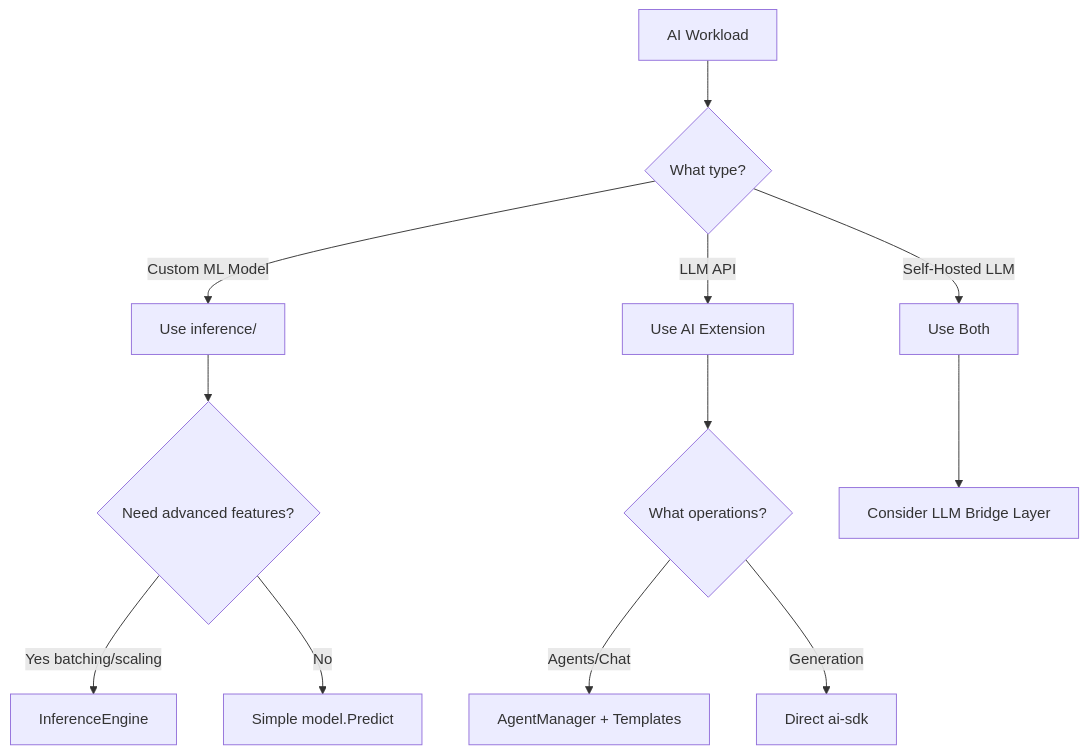
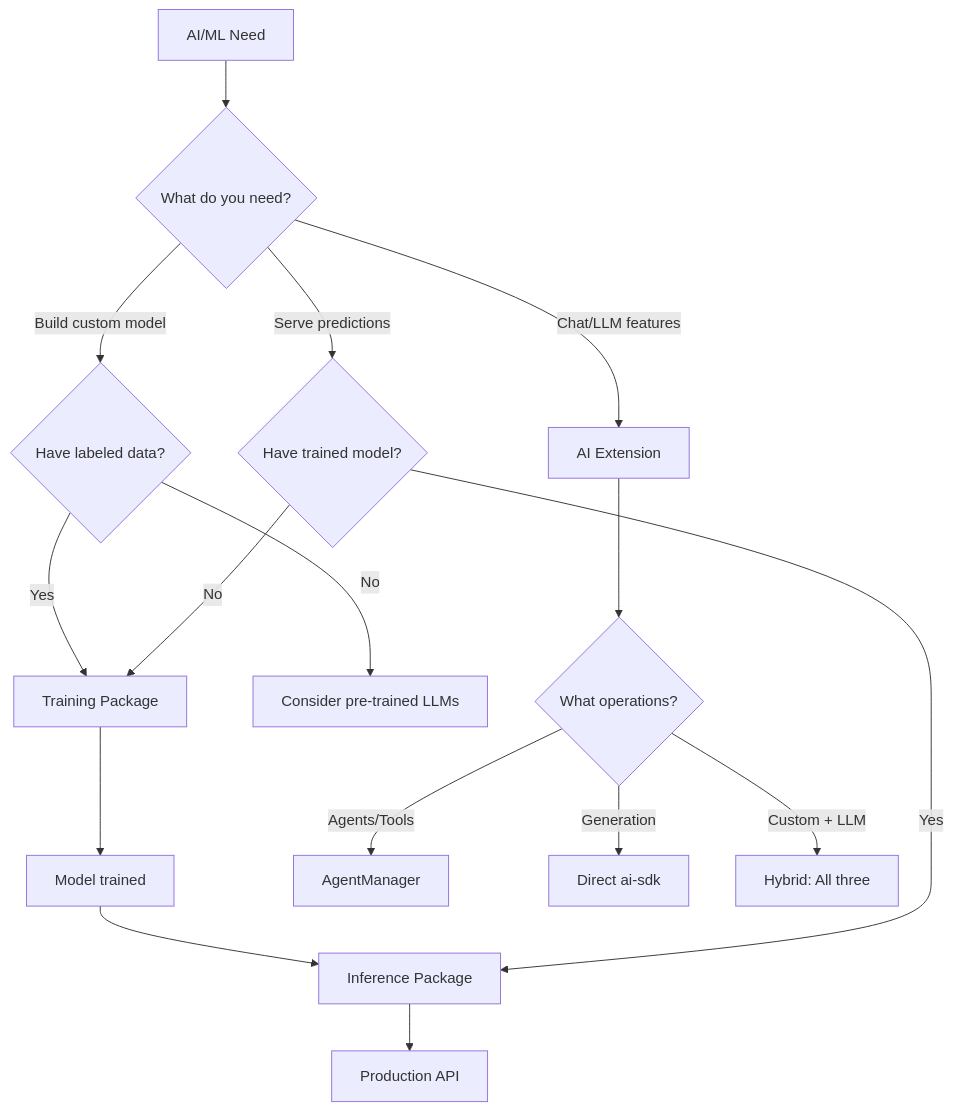
The second of 2 diagrams in extensions/ai/README.md (xraph/forge), drawn with Mermaid before and after one commit. The commit also changed other lines of this file and 261 other files, not shown here.

````diff
--- a/extensions/ai/README.md
+++ b/extensions/ai/README.md
@@ -277,17 +322,24 @@
 ```mermaid
 flowchart TD
-    Start[AI Workload] --> Type{What type?}
-    Type -->|Custom ML Model| Inference[Use inference/]
-    Type -->|LLM API| Extension[Use AI Extension]
-    Type -->|Self-Hosted LLM| Both[Use Both]
+    Start[AI/ML Need] --> Question{What do you need?}
     
-    Inference --> Features{Need advanced features?}
-    Features -->|Yes batching/scaling| InferenceEngine[InferenceEngine]
-    Features -->|No| SimplePredict[Simple model.Predict]
+    Question -->|Build custom model| HasData{Have labeled data?}
+    Question -->|Serve predictions| HaveModel{Have trained model?}
+    Question -->|Chat/LLM features| UseLLM[AI Extension]
     
-    Extension --> Operations{What operations?}
-    Operations -->|Agents/Chat| UseAgents[AgentManager + Templates]
-    Operations -->|Generation| UseSDK[Direct ai-sdk]
+    HasData -->|Yes| UseTraining[Training Package]
+    HasData -->|No| ConsiderLLM[Consider pre-trained LLMs]
     
-    Both --> Bridge[Consider LLM Bridge Layer]
+    UseTraining --> TrainComplete[Model trained]
+    TrainComplete --> UseInference[Inference Package]
+    
+    HaveModel -->|Yes| UseInference
+    HaveModel -->|No| UseTraining
+    
+    UseInference --> Production[Production API]
+    
+    UseLLM --> AgentType{What operations?}
+    AgentType -->|Agents/Tools| AgentMgr[AgentManager]
+    AgentType -->|Generation| SDK[Direct ai-sdk]
+    AgentType -->|Custom + LLM| Hybrid[Hybrid: All three]
 ```
````
